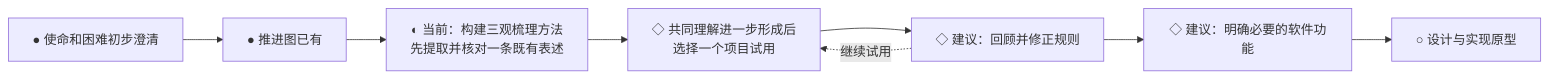
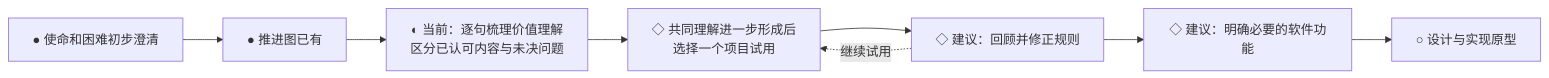
Before and after one commit to fangjiaqi2023-jpg/life-flywheel: the second of 2 diagrams in 项目/人生飞轮/项目推进图.md, drawn with Mermaid. The commit also changed other lines of this file, not shown here.

````diff
--- a/项目/人生飞轮/项目推进图.md
+++ b/项目/人生飞轮/项目推进图.md
@@ -38,10 +38,10 @@
 ```mermaid
 flowchart LR
     P0[● 使命和困难初步澄清] --> P1[● 推进图已有]
-    P1 --> P2[◐ 当前：构建三观梳理方法<br/>先提取并核对一条既有表述]
+    P1 --> P2[◐ 当前：逐句梳理价值理解<br/>区分已认可内容与未决问题]
     P2 --> P3[◇ 共同理解进一步形成后<br/>选择一个项目试用]
     P3 --> P4[◇ 建议：回顾并修正规则]
     P4 --> P5[◇ 建议：明确必要的软件功能]
     P5 --> P6[○ 设计与实现原型]
     P4 -.继续试用.-> P3
 ```
````
